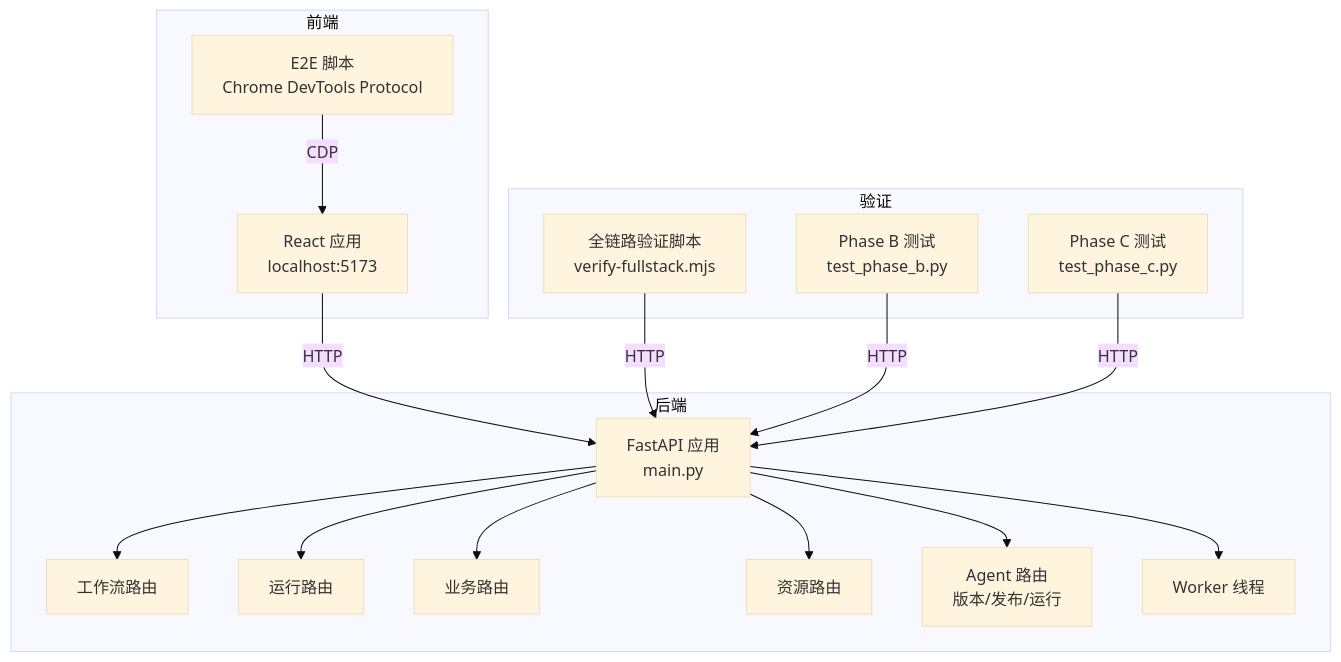
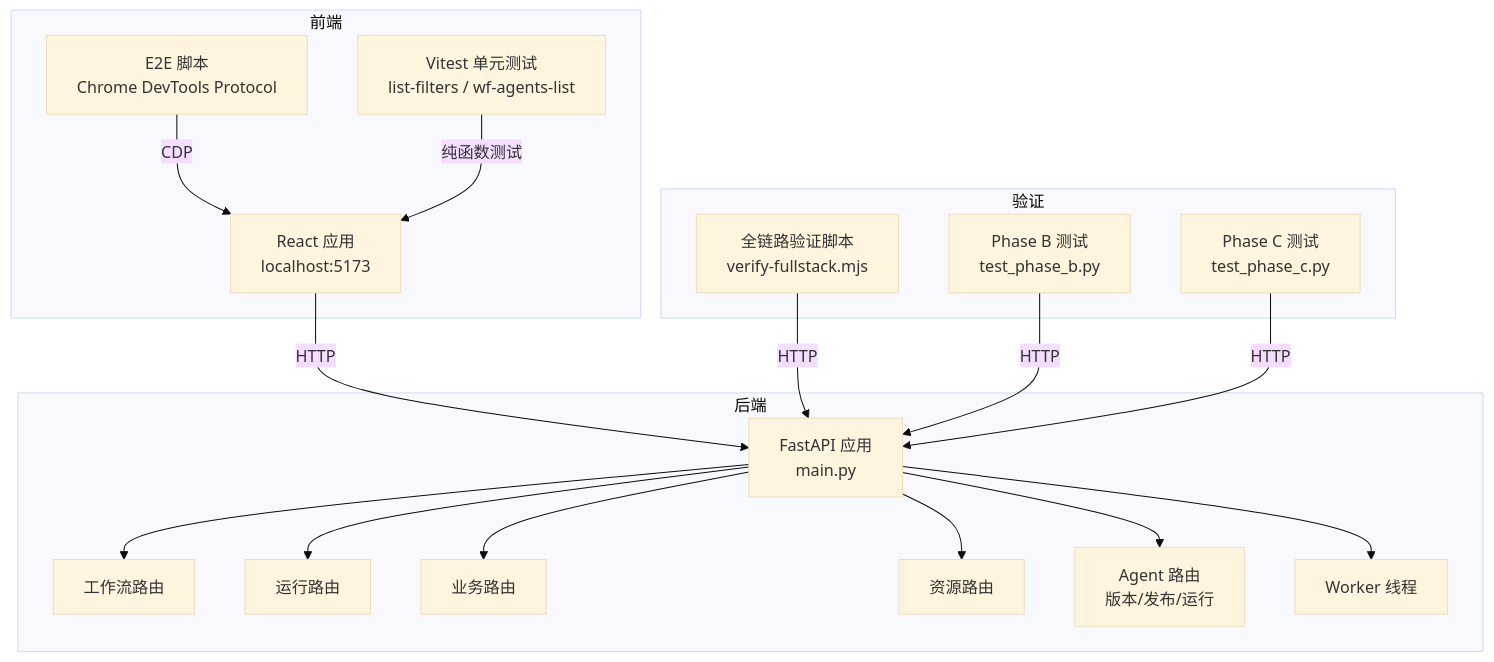
The first of 2 diagrams in .qoder/repowiki/zh/content/测试与验证体系.md (huiliuxu780/MoreThanCorn), drawn with Mermaid (base theme) before and after one commit. The commit also changed other lines of this file and 25 other files, not shown here.

````diff
--- a/.qoder/repowiki/zh/content/测试与验证体系.md
+++ b/.qoder/repowiki/zh/content/测试与验证体系.md
@@ -46,32 +52,34 @@
 ```mermaid
 graph TB
 subgraph "后端"
 A["FastAPI 应用<br/>main.py"]
 R1["工作流路由"]
 R2["运行路由"]
 R3["业务路由"]
 R4["资源路由"]
 R5["Agent 路由<br/>版本/发布/运行"]
 W["Worker 线程"]
 end
 subgraph "前端"
 FE["React 应用<br/>localhost:5173"]
+VT["Vitest 单元测试<br/>list-filters / wf-agents-list"]
 E2E["E2E 脚本<br/>Chrome DevTools Protocol"]
 end
 subgraph "验证"
 VS["全链路验证脚本<br/>verify-fullstack.mjs"]
 TB["Phase B 测试<br/>test_phase_b.py"]
 TC["Phase C 测试<br/>test_phase_c.py"]
 end
 FE --> |HTTP| A
 E2E --> |CDP| FE
+VT --> |纯函数测试| FE
 VS --> |HTTP| A
 TB --> |HTTP| A
 TC --> |HTTP| A
 A --> W
 A --> R1
 A --> R2
 A --> R3
 A --> R4
 A --> R5
 ```
````
